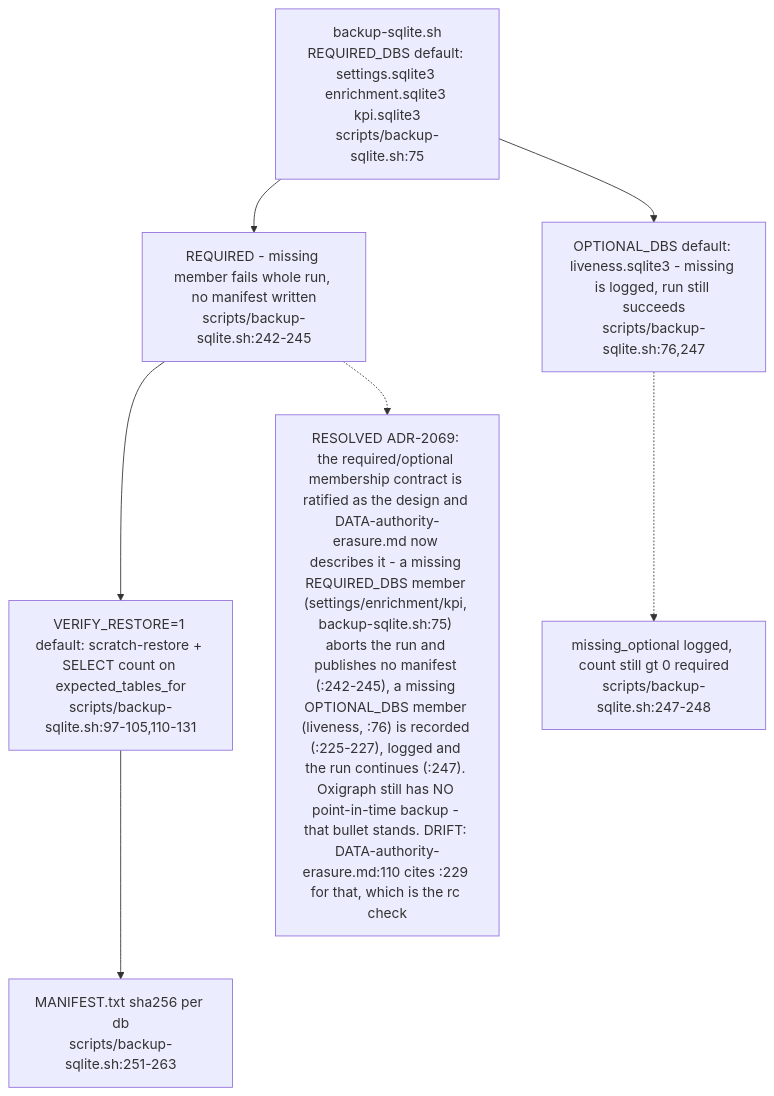
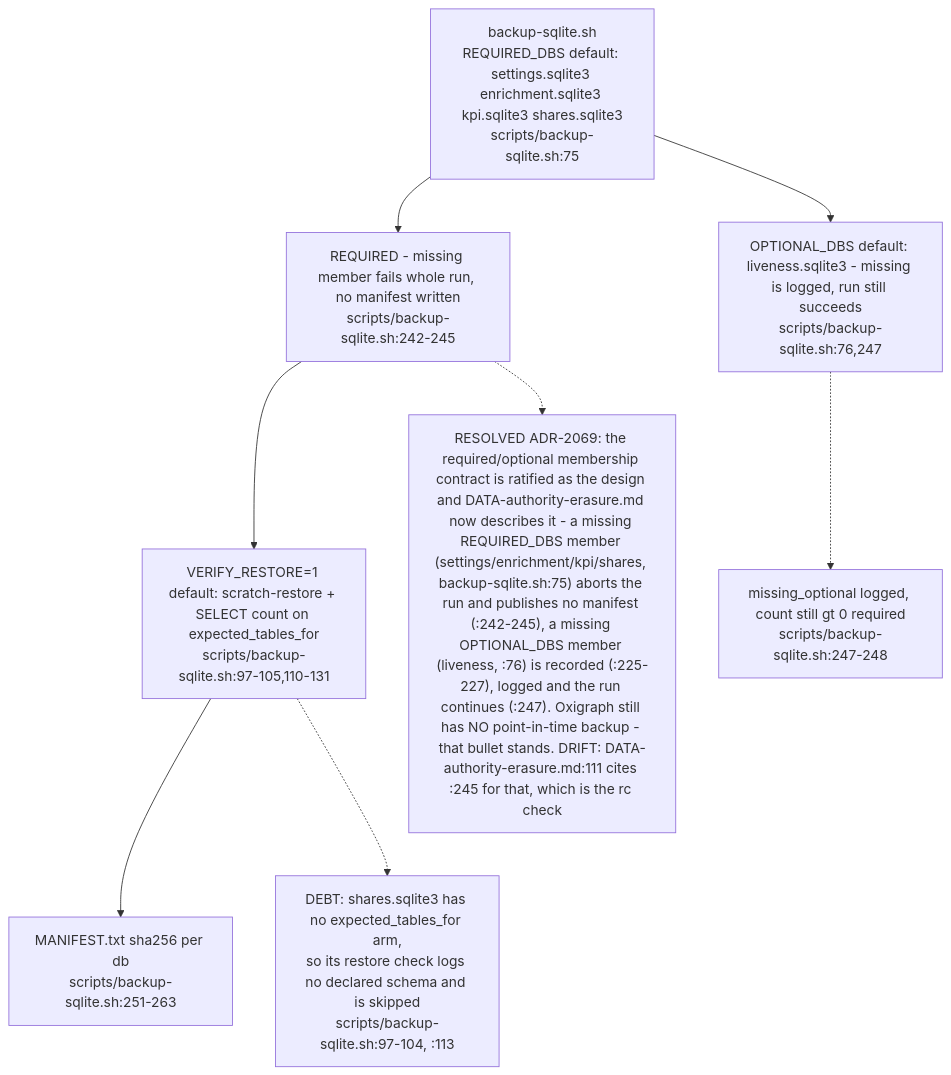
Before and after one commit to DreamLab-AI/VisionFlow: diagram 11 of 14 in docs/diagrams/visionclaw/22-data-authority-provenance-erasure.md, drawn with Mermaid. The commit also changed other lines of this file and 46 other files, not shown here.

Commit message:
docs(diagrams): re-verify VisionClaw topics at 809a859aa/a950f4d80 after the consolidation pass

````diff
--- a/docs/diagrams/visionclaw/22-data-authority-provenance-erasure.md
+++ b/docs/diagrams/visionclaw/22-data-authority-provenance-erasure.md
@@ -481,11 +483,12 @@
 ```mermaid
 flowchart TD
-    Script["backup-sqlite.sh<br/>REQUIRED_DBS default: settings.sqlite3 enrichment.sqlite3 kpi.sqlite3<br/>scripts/backup-sqlite.sh:75"] --> Req["REQUIRED - missing member fails whole run, no manifest written<br/>scripts/backup-sqlite.sh:242-245"]
+    Script["backup-sqlite.sh<br/>REQUIRED_DBS default: settings.sqlite3 enrichment.sqlite3 kpi.sqlite3 shares.sqlite3<br/>scripts/backup-sqlite.sh:75"] --> Req["REQUIRED - missing member fails whole run, no manifest written<br/>scripts/backup-sqlite.sh:242-245"]
     Script --> Opt["OPTIONAL_DBS default: liveness.sqlite3 - missing is logged, run still succeeds<br/>scripts/backup-sqlite.sh:76,247"]
     Req --> Verify["VERIFY_RESTORE=1 default: scratch-restore + SELECT count on expected_tables_for<br/>scripts/backup-sqlite.sh:97-105,110-131"]
     Verify --> Manifest["MANIFEST.txt sha256 per db<br/>scripts/backup-sqlite.sh:251-263"]
     Opt -.-> Missing["missing_optional logged, count still gt 0 required<br/>scripts/backup-sqlite.sh:247-248"]
 
-    DriftNote["RESOLVED ADR-2069: the required/optional membership contract is ratified as the design and DATA-authority-erasure.md now describes it - a missing REQUIRED_DBS member (settings/enrichment/kpi, backup-sqlite.sh:75) aborts the run and publishes no manifest (:242-245), a missing OPTIONAL_DBS member (liveness, :76) is recorded (:225-227), logged and the run continues (:247). Oxigraph still has NO point-in-time backup - that bullet stands. DRIFT: DATA-authority-erasure.md:110 cites :229 for that, which is the rc check"]
+    DriftNote["RESOLVED ADR-2069: the required/optional membership contract is ratified as the design and DATA-authority-erasure.md now describes it - a missing REQUIRED_DBS member (settings/enrichment/kpi/shares, backup-sqlite.sh:75) aborts the run and publishes no manifest (:242-245), a missing OPTIONAL_DBS member (liveness, :76) is recorded (:225-227), logged and the run continues (:247). Oxigraph still has NO point-in-time backup - that bullet stands. DRIFT: DATA-authority-erasure.md:111 cites :245 for that, which is the rc check"]
     Req -.-> DriftNote
+    Verify -.-> NoSchema["DEBT: shares.sqlite3 has no expected_tables_for arm,<br/>so its restore check logs no declared schema and is skipped<br/>scripts/backup-sqlite.sh:97-104, :113"]
 ```
````
